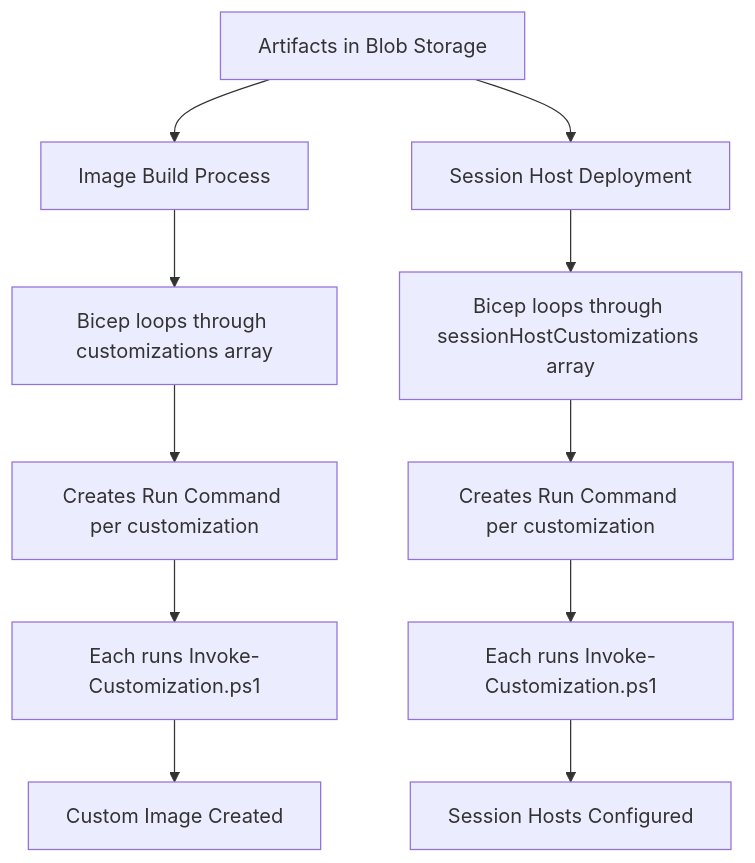
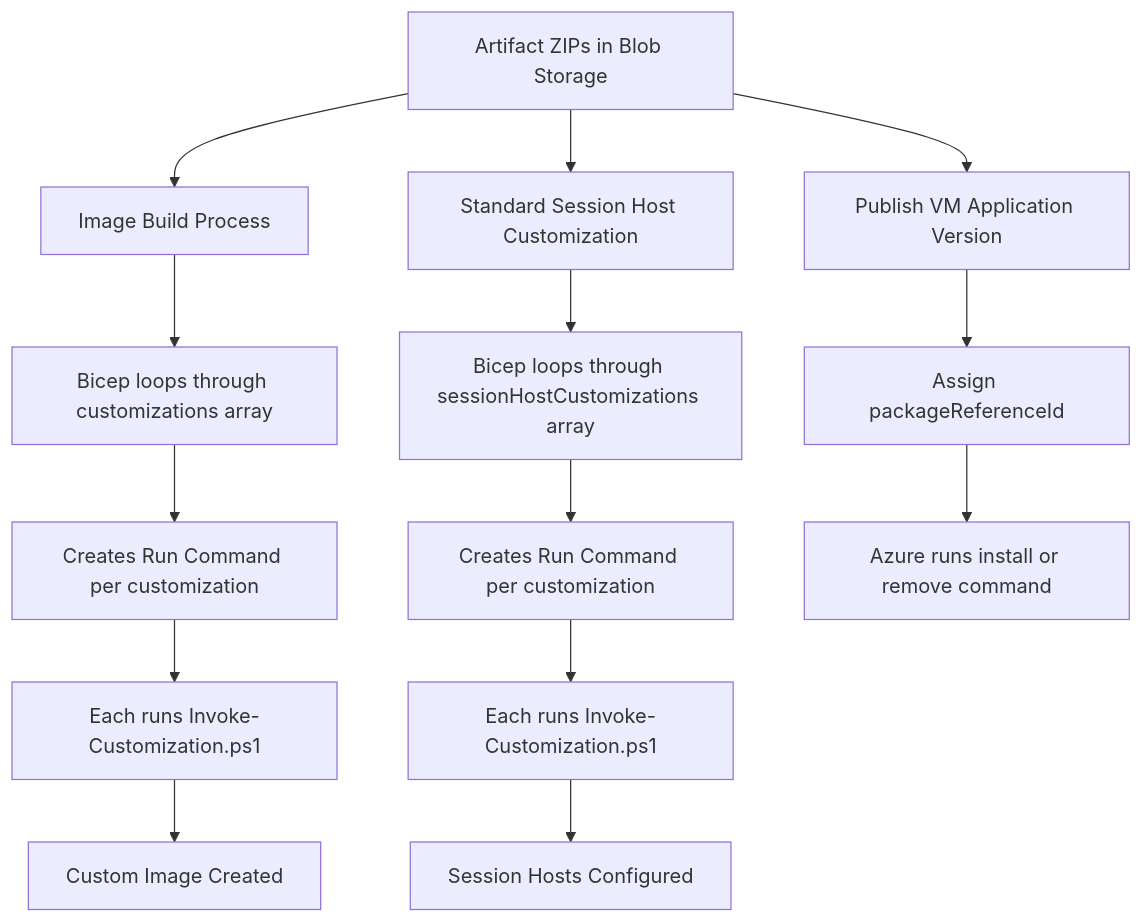
Before and after one commit to Azure/FederalAVD: the diagram in docs/artifacts-guide.md, drawn with Mermaid. The commit also changed other lines of this file, not shown here.

Commit message:
Clarify artifact and VM Application authoring

````diff
--- a/docs/artifacts-guide.md
+++ b/docs/artifacts-guide.md
@@ -44,13 +66,16 @@
 ```mermaid
 graph TD
-    A[Artifacts in Blob Storage] --> B[Image Build Process]
-    A --> C[Session Host Deployment]
+   A[Artifact ZIPs in Blob Storage] --> B[Image Build Process]
+   A --> C[Standard Session Host Customization]
+   A --> L[Publish VM Application Version]
     B --> D[Bicep loops through customizations array]
     C --> E[Bicep loops through sessionHostCustomizations array]
     D --> F[Creates Run Command per customization]
     E --> G[Creates Run Command per customization]
     F --> H[Each runs Invoke-Customization.ps1]
     G --> I[Each runs Invoke-Customization.ps1]
     H --> J[Custom Image Created]
     I --> K[Session Hosts Configured]
+   L --> M[Assign packageReferenceId]
+   M --> N[Azure runs install or remove command]
 ```
````
